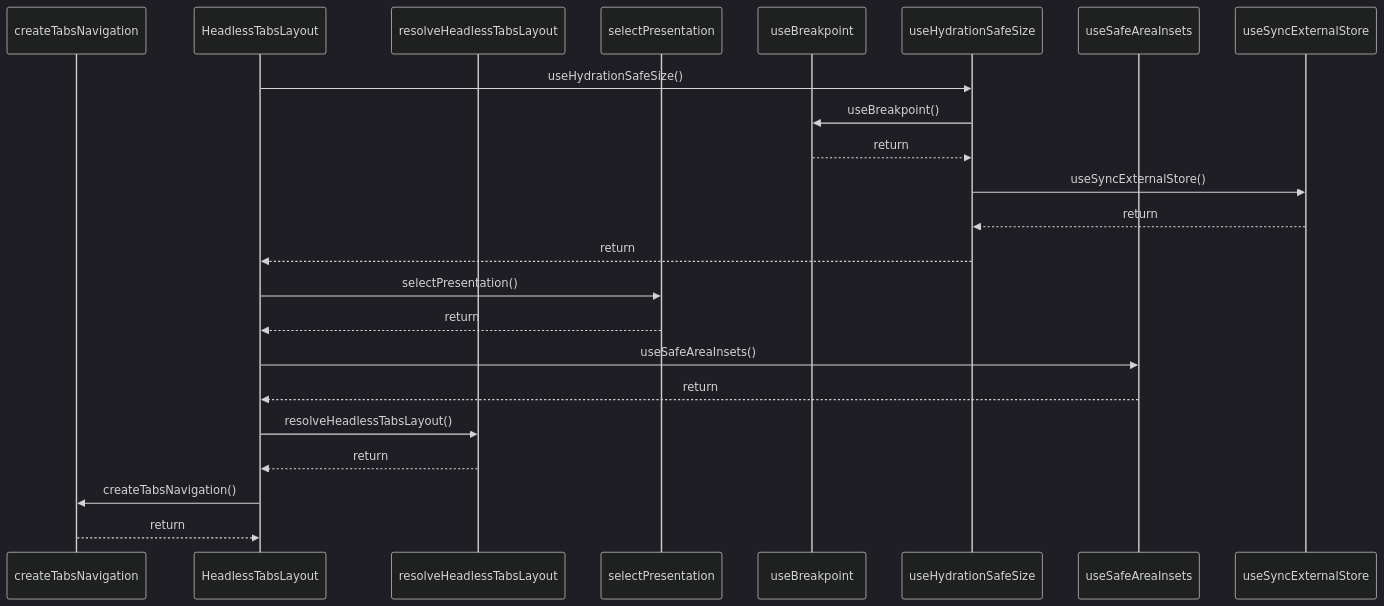
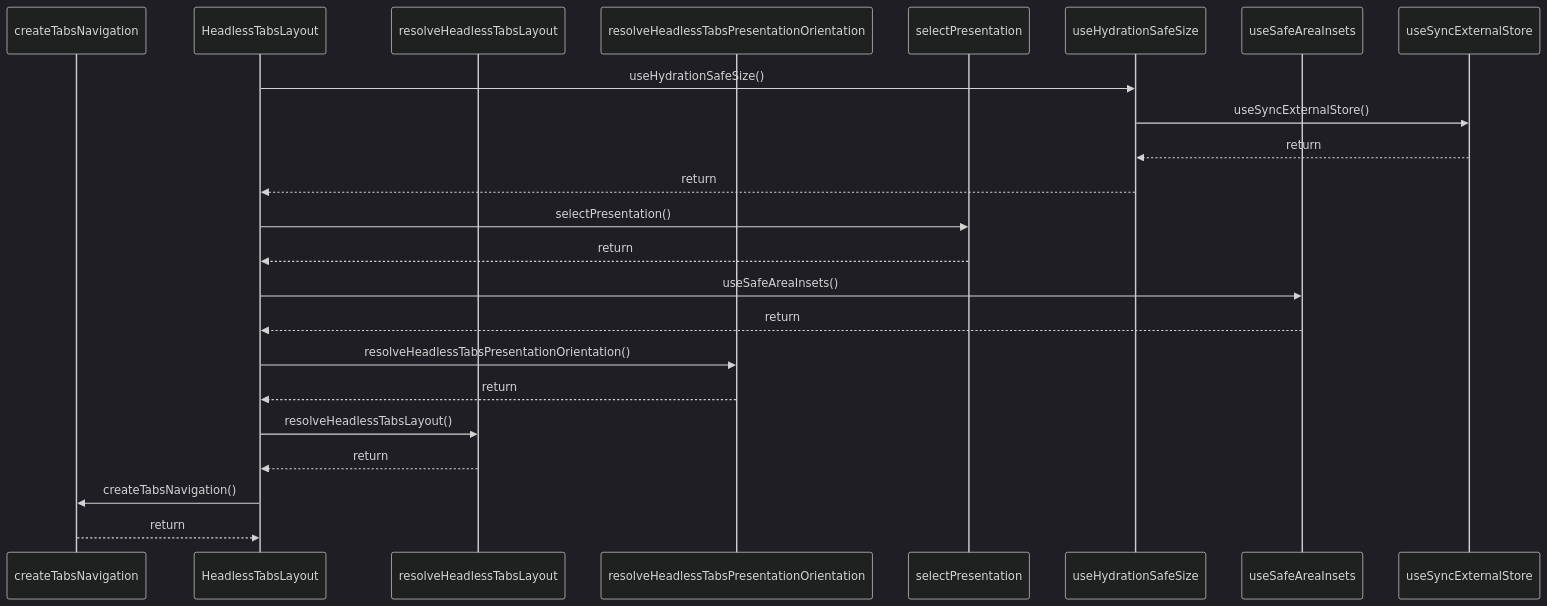
Before and after one commit to ankhorage/navigator: the diagram in paradox/diagrams/sequences/headless-tabs-layout.mmd, drawn with Mermaid (dark theme). The commit also changed 15 other files, not shown here.

```diff
--- a/paradox/diagrams/sequences/headless-tabs-layout.mmd
+++ b/paradox/diagrams/sequences/headless-tabs-layout.mmd
@@ -1,23 +1,23 @@
 sequenceDiagram
   participant participant_createTabsNavigation as createTabsNavigation
   participant participant_HeadlessTabsLayout as HeadlessTabsLayout
   participant participant_resolveHeadlessTabsLayout as resolveHeadlessTabsLayout
+  participant participant_resolveHeadlessTabsPresentationOrientation as resolveHeadlessTabsPresentationOrientation
   participant participant_selectPresentation as selectPresentation
-  participant participant_useBreakpoint as useBreakpoint
   participant participant_useHydrationSafeSize as useHydrationSafeSize
   participant participant_useSafeAreaInsets as useSafeAreaInsets
   participant participant_useSyncExternalStore as useSyncExternalStore
   participant_HeadlessTabsLayout->>participant_useHydrationSafeSize: useHydrationSafeSize()
-  participant_useHydrationSafeSize->>participant_useBreakpoint: useBreakpoint()
-  participant_useBreakpoint-->>participant_useHydrationSafeSize: return
   participant_useHydrationSafeSize->>participant_useSyncExternalStore: useSyncExternalStore()
   participant_useSyncExternalStore-->>participant_useHydrationSafeSize: return
   participant_useHydrationSafeSize-->>participant_HeadlessTabsLayout: return
   participant_HeadlessTabsLayout->>participant_selectPresentation: selectPresentation()
   participant_selectPresentation-->>participant_HeadlessTabsLayout: return
   participant_HeadlessTabsLayout->>participant_useSafeAreaInsets: useSafeAreaInsets()
   participant_useSafeAreaInsets-->>participant_HeadlessTabsLayout: return
+  participant_HeadlessTabsLayout->>participant_resolveHeadlessTabsPresentationOrientation: resolveHeadlessTabsPresentationOrientation()
+  participant_resolveHeadlessTabsPresentationOrientation-->>participant_HeadlessTabsLayout: return
   participant_HeadlessTabsLayout->>participant_resolveHeadlessTabsLayout: resolveHeadlessTabsLayout()
   participant_resolveHeadlessTabsLayout-->>participant_HeadlessTabsLayout: return
   participant_HeadlessTabsLayout->>participant_createTabsNavigation: createTabsNavigation()
   participant_createTabsNavigation-->>participant_HeadlessTabsLayout: return
```
